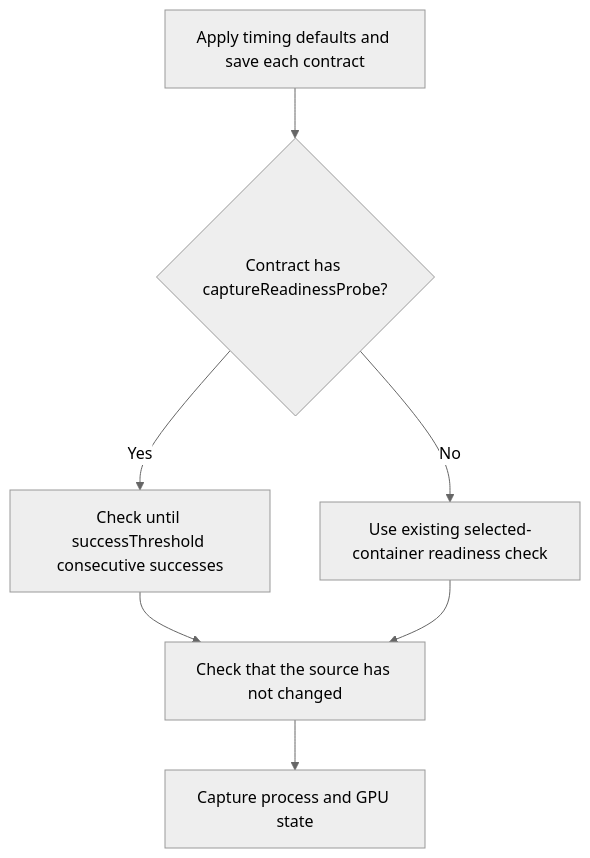
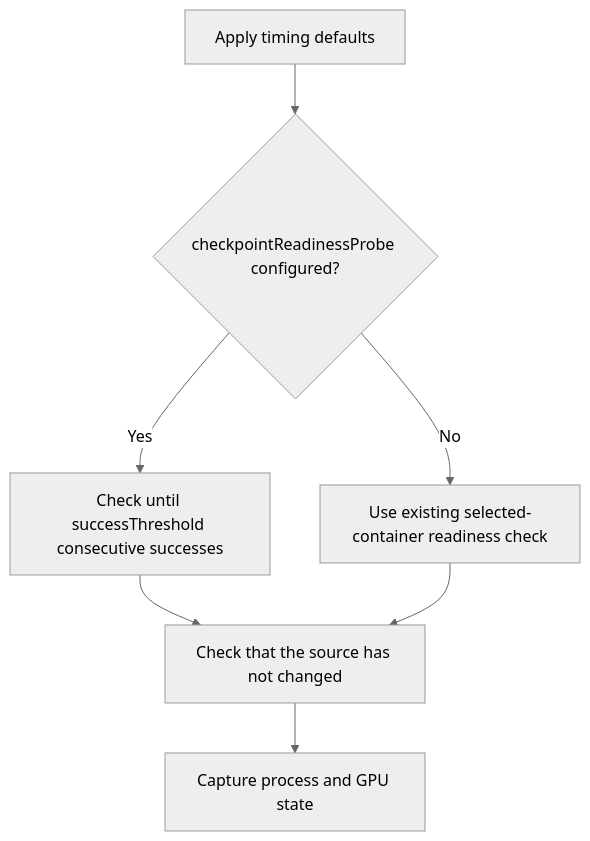
The first of 2 diagrams in docs/proposals/411-application-lifecycle-hooks/README.md (ai-dynamo/snapshot), drawn with Mermaid (neutral theme) before and after one commit. The commit also changed other lines of this file, not shown here.

Commit message:
docs(proposals): separate checkpoint probe and postRestore lifecycle hook

````diff
--- a/docs/proposals/411-application-lifecycle-hooks/README.md
+++ b/docs/proposals/411-application-lifecycle-hooks/README.md
@@ -341,9 +340,9 @@
 ```mermaid
 flowchart TD
-    A[Apply timing defaults and save each contract] --> B{Contract has captureReadinessProbe?}
+    A[Apply timing defaults] --> B{checkpointReadinessProbe configured?}
     B -->|Yes| C[Check until successThreshold consecutive successes]
     B -->|No| D[Use existing selected-container readiness check]
     C --> E[Check that the source has not changed]
     D --> E
     E --> F[Capture process and GPU state]
 ```
````
